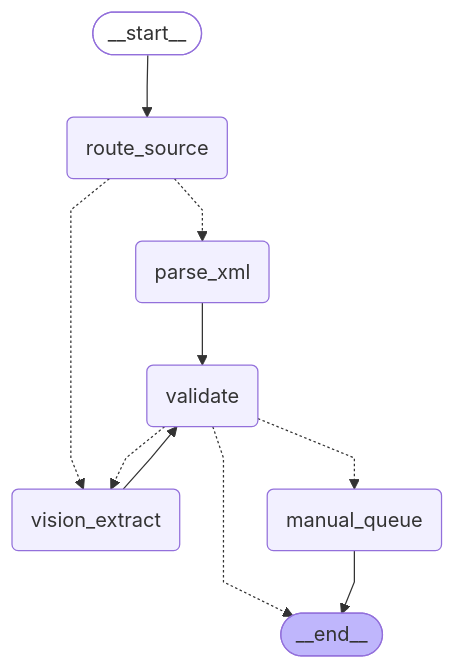
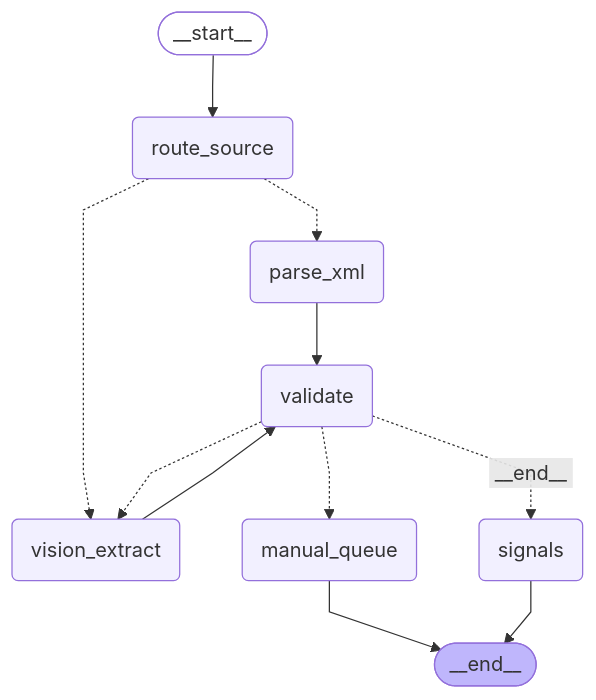
One commit to quockhanh41/Vietnamese-Invoice-agent changed the diagram in docs/diagrams/enrichment_graph.mmd. Above: the diagram before and after it, drawn with Mermaid. The commit also changed 3 other files, not shown here.

First line of the commit message:
feat(graph): signals node — entity memory as findings

```diff
--- a/docs/diagrams/enrichment_graph.mmd
+++ b/docs/diagrams/enrichment_graph.mmd
@@ -1,25 +1,27 @@
 ---
 config:
   flowchart:
     curve: linear
 ---
 graph TD;
 	__start__([<p>__start__</p>]):::first
 	route_source(route_source)
 	parse_xml(parse_xml)
 	vision_extract(vision_extract)
 	validate(validate)
+	signals(signals)
 	manual_queue(manual_queue)
 	__end__([<p>__end__</p>]):::last
 	__start__ --> route_source;
 	parse_xml --> validate;
 	route_source -.-> parse_xml;
 	route_source -.-> vision_extract;
-	validate -.-> __end__;
 	validate -.-> manual_queue;
+	validate -. &nbsp;__end__&nbsp; .-> signals;
 	validate -.-> vision_extract;
 	vision_extract --> validate;
 	manual_queue --> __end__;
+	signals --> __end__;
 	classDef default fill:#f2f0ff,line-height:1.2
 	classDef first fill-opacity:0
 	classDef last fill:#bfb6fc
```
